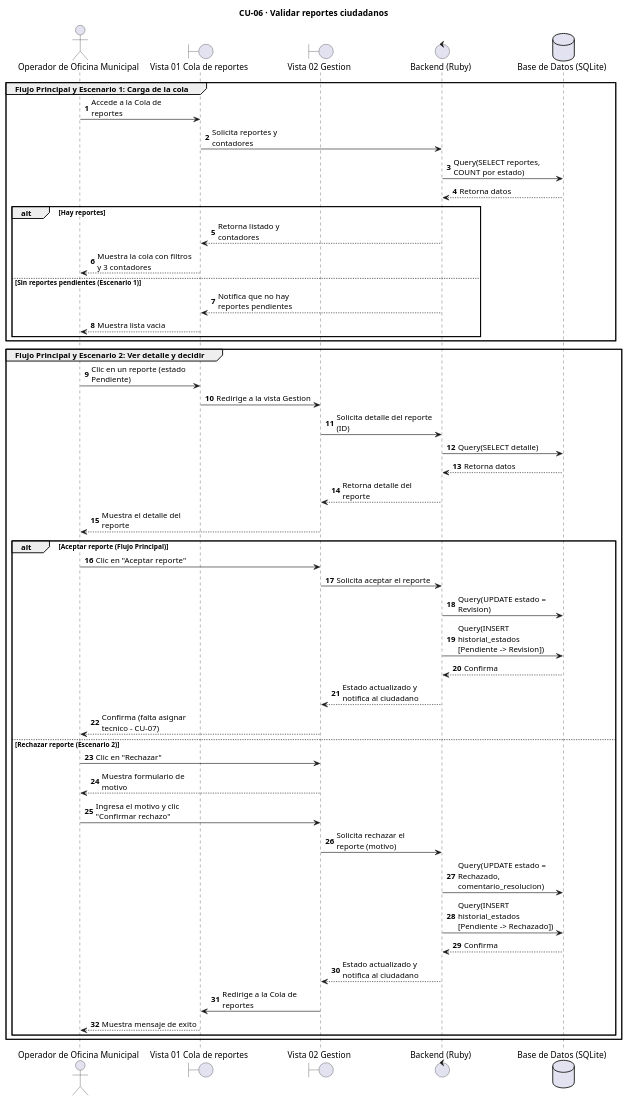
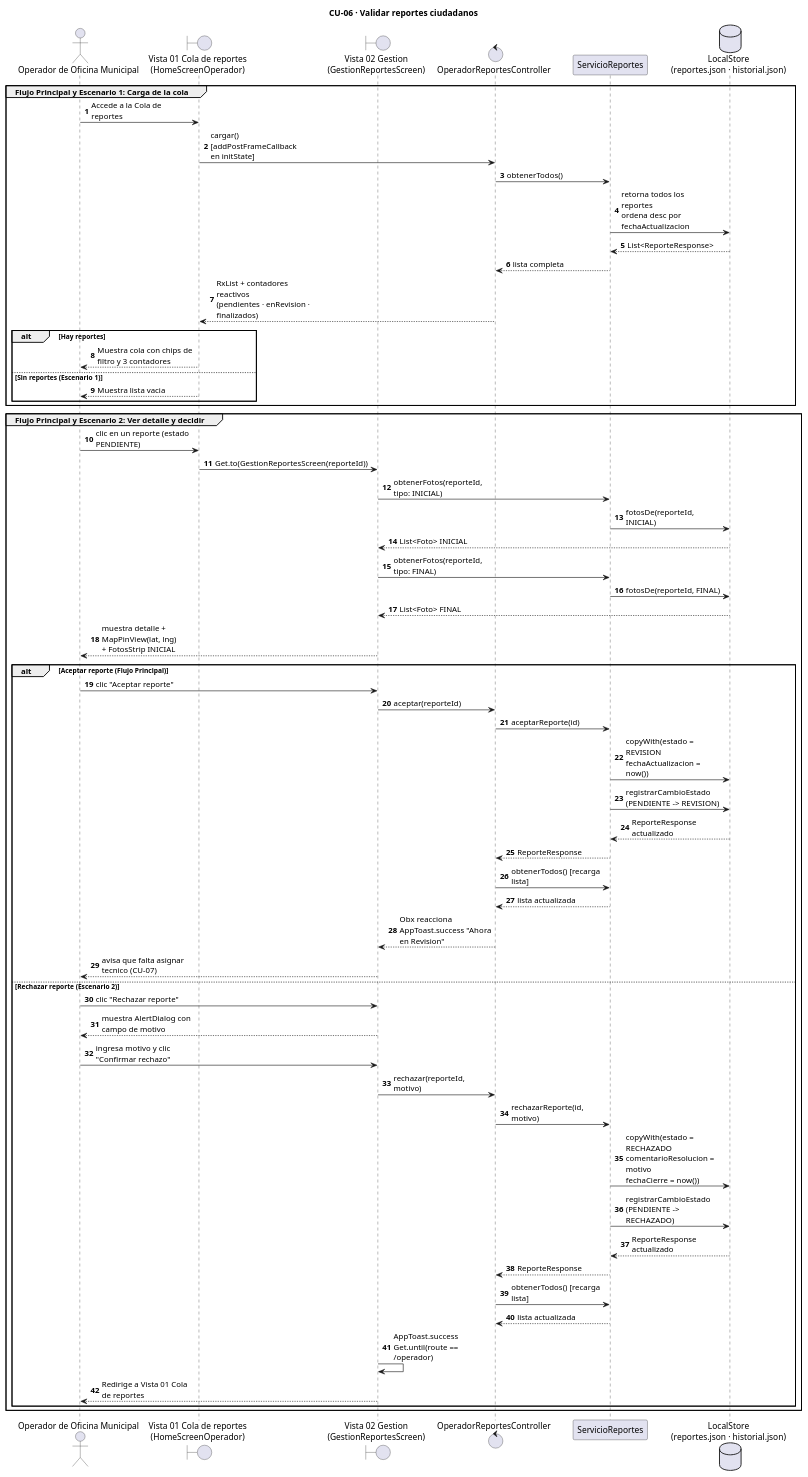
The diagram in docs/diagrams/CU-06_ValidarReportes_seq.puml (jeffangeloss/ReportaYA-Front), drawn with PlantUML before and after one commit. The commit also changed 8 other files, not shown here.

Commit message:
diagramas

```diff
--- a/docs/diagrams/CU-06_ValidarReportes_seq.puml
+++ b/docs/diagrams/CU-06_ValidarReportes_seq.puml
@@ -1,56 +1,68 @@
 @startuml
 title CU-06 · Validar reportes ciudadanos
 skinparam maxMessageSize 160
 autonumber
+
 actor "Operador de Oficina Municipal" as Operador
-boundary "Vista 01 Cola de reportes" as V1
-boundary "Vista 02 Gestion" as V2
-control "Backend (Ruby)" as Backend
-database "Base de Datos (SQLite)" as DB
+boundary "Vista 01 Cola de reportes\n(HomeScreenOperador)" as V1
+boundary "Vista 02 Gestion\n(GestionReportesScreen)" as V2
+control "OperadorReportesController" as OCtrl
+participant "ServicioReportes" as SvcR
+database "LocalStore\n(reportes.json · historial.json)" as DB
 
 group Flujo Principal y Escenario 1: Carga de la cola
     Operador -> V1: Accede a la Cola de reportes
-    V1 -> Backend: Solicita reportes y contadores
-    Backend -> DB: Query(SELECT reportes, COUNT por estado)
-    DB --> Backend: Retorna datos
+    V1 -> OCtrl: cargar()\n[addPostFrameCallback en initState]
+    OCtrl -> SvcR: obtenerTodos()
+    SvcR -> DB: retorna todos los reportes\nordena desc por fechaActualizacion
+    DB --> SvcR: List<ReporteResponse>
+    SvcR --> OCtrl: lista completa
+    OCtrl --> V1: RxList + contadores reactivos\n(pendientes · enRevision · finalizados)
 
     alt Hay reportes
-        Backend --> V1: Retorna listado y contadores
-        V1 --> Operador: Muestra la cola con filtros y 3 contadores
-    else Sin reportes pendientes (Escenario 1)
-        Backend --> V1: Notifica que no hay reportes pendientes
+        V1 --> Operador: Muestra cola con chips de filtro y 3 contadores
+    else Sin reportes (Escenario 1)
         V1 --> Operador: Muestra lista vacia
     end
 end
 
 group Flujo Principal y Escenario 2: Ver detalle y decidir
-    Operador -> V1: Clic en un reporte (estado Pendiente)
-    V1 -> V2: Redirige a la vista Gestion
-    V2 -> Backend: Solicita detalle del reporte (ID)
-    Backend -> DB: Query(SELECT detalle)
-    DB --> Backend: Retorna datos
-    Backend --> V2: Retorna detalle del reporte
-    V2 --> Operador: Muestra el detalle del reporte
+    Operador -> V1: clic en un reporte (estado PENDIENTE)
+    V1 -> V2: Get.to(GestionReportesScreen(reporteId))
+    V2 -> SvcR: obtenerFotos(reporteId, tipo: INICIAL)
+    SvcR -> DB: fotosDe(reporteId, INICIAL)
+    DB --> V2: List<Foto> INICIAL
+    V2 -> SvcR: obtenerFotos(reporteId, tipo: FINAL)
+    SvcR -> DB: fotosDe(reporteId, FINAL)
+    DB --> V2: List<Foto> FINAL
+    V2 --> Operador: muestra detalle + MapPinView(lat, lng)\n+ FotosStrip INICIAL
 
     alt Aceptar reporte (Flujo Principal)
-        Operador -> V2: Clic en "Aceptar reporte"
-        V2 -> Backend: Solicita aceptar el reporte
-        Backend -> DB: Query(UPDATE estado = Revision)
-        Backend -> DB: Query(INSERT historial_estados [Pendiente -> Revision])
-        DB --> Backend: Confirma
-        Backend --> V2: Estado actualizado y notifica al ciudadano
-        V2 --> Operador: Confirma (falta asignar tecnico - CU-07)
+        Operador -> V2: clic "Aceptar reporte"
+        V2 -> OCtrl: aceptar(reporteId)
+        OCtrl -> SvcR: aceptarReporte(id)
+        SvcR -> DB: copyWith(estado = REVISION\nfechaActualizacion = now())
+        SvcR -> DB: registrarCambioEstado\n(PENDIENTE -> REVISION)
+        DB --> SvcR: ReporteResponse actualizado
+        SvcR --> OCtrl: ReporteResponse
+        OCtrl -> SvcR: obtenerTodos() [recarga lista]
+        SvcR --> OCtrl: lista actualizada
+        OCtrl --> V2: Obx reacciona\nAppToast.success "Ahora en Revision"
+        V2 --> Operador: avisa que falta asignar tecnico (CU-07)
     else Rechazar reporte (Escenario 2)
-        Operador -> V2: Clic en "Rechazar"
-        V2 --> Operador: Muestra formulario de motivo
-        Operador -> V2: Ingresa el motivo y clic "Confirmar rechazo"
-        V2 -> Backend: Solicita rechazar el reporte (motivo)
-        Backend -> DB: Query(UPDATE estado = Rechazado, comentario_resolucion)
-        Backend -> DB: Query(INSERT historial_estados [Pendiente -> Rechazado])
-        DB --> Backend: Confirma
-        Backend --> V2: Estado actualizado y notifica al ciudadano
-        V2 -> V1: Redirige a la Cola de reportes
-        V1 --> Operador: Muestra mensaje de exito
+        Operador -> V2: clic "Rechazar reporte"
+        V2 --> Operador: muestra AlertDialog con campo de motivo
+        Operador -> V2: ingresa motivo y clic "Confirmar rechazo"
+        V2 -> OCtrl: rechazar(reporteId, motivo)
+        OCtrl -> SvcR: rechazarReporte(id, motivo)
+        SvcR -> DB: copyWith(estado = RECHAZADO\ncomentarioResolucion = motivo\nfechaCierre = now())
+        SvcR -> DB: registrarCambioEstado\n(PENDIENTE -> RECHAZADO)
+        DB --> SvcR: ReporteResponse actualizado
+        SvcR --> OCtrl: ReporteResponse
+        OCtrl -> SvcR: obtenerTodos() [recarga lista]
+        SvcR --> OCtrl: lista actualizada
+        V2 -> V2: AppToast.success\nGet.until(route == /operador)
+        V2 --> Operador: Redirige a Vista 01 Cola de reportes
     end
 end
 @enduml
```
